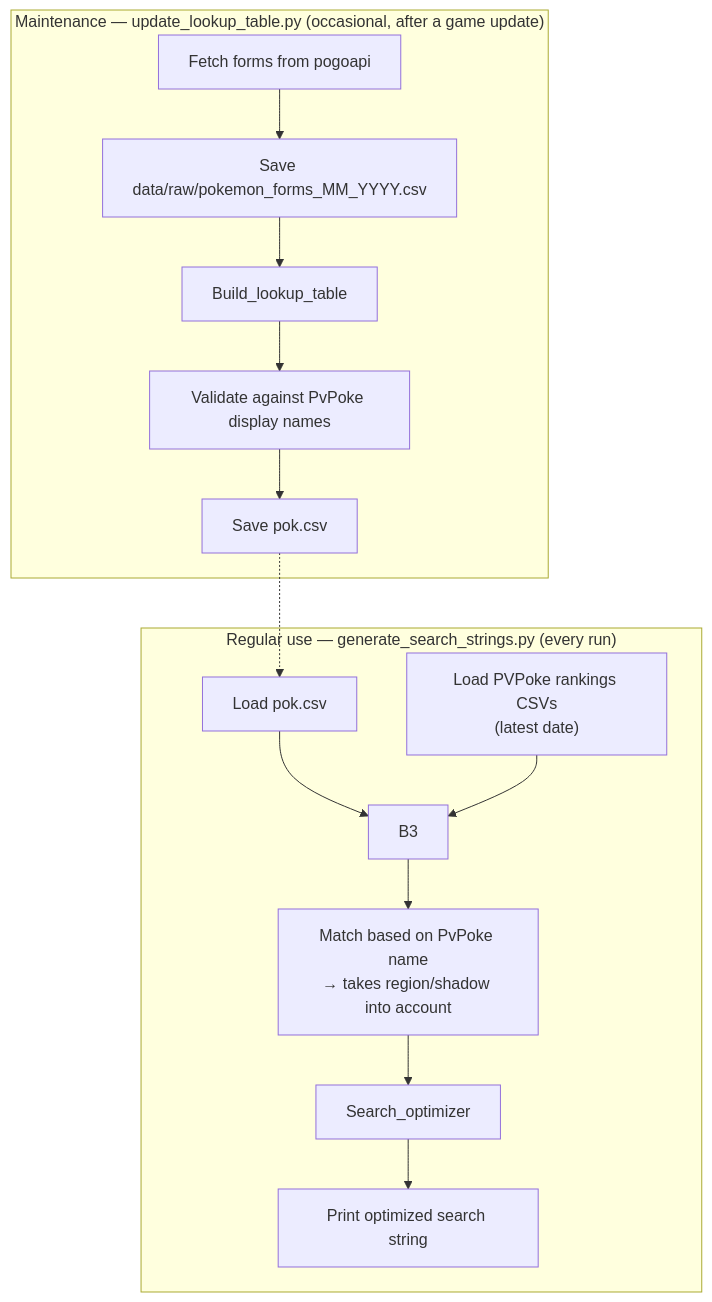
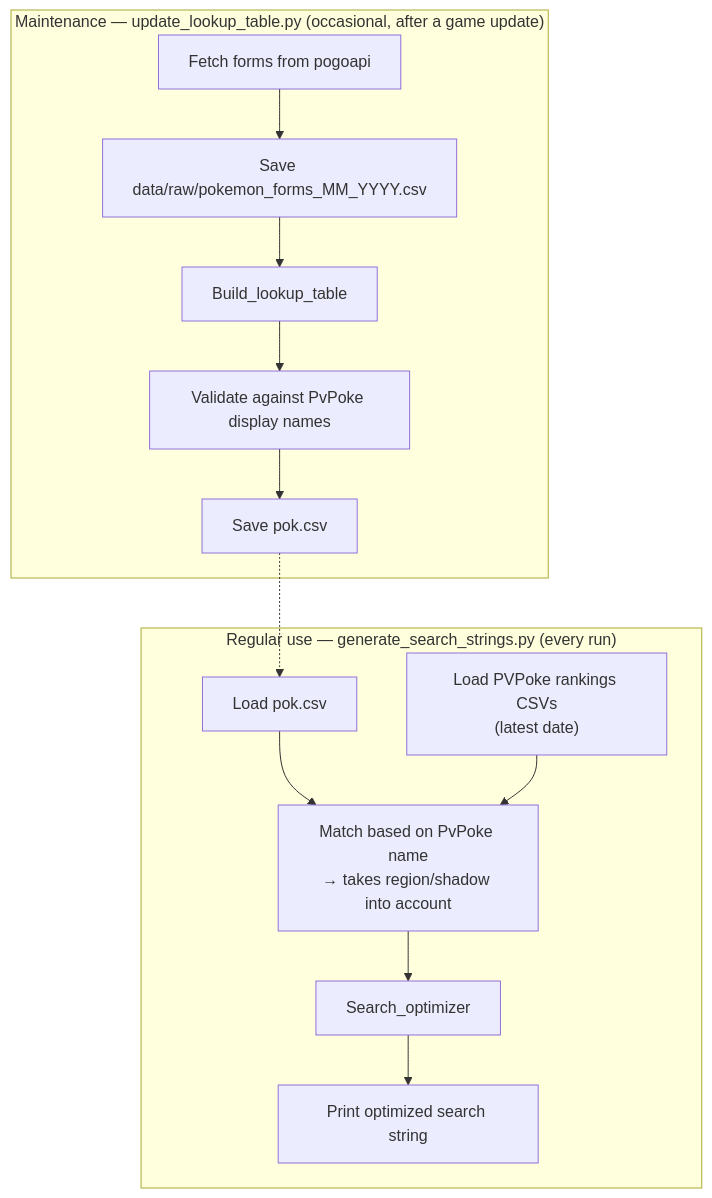
The diagram in README.md (Skylges/pogo-search-string-optimizer), drawn with Mermaid before and after one commit.

Commit message:
Update2 workflow in readme

````diff
--- a/README.md
+++ b/README.md
@@ -84,20 +84,20 @@
 ```mermaid
 flowchart TD
     subgraph M["Maintenance — update_lookup_table.py (occasional, after a game update)"]
         A1["Fetch forms from pogoapi"]
         A1 --> A2["Save data/raw/pokemon_forms_MM_YYYY.csv"]
         A2 --> A3["Build_lookup_table"]
         A3 --> A4["Validate against PvPoke display names"]
         A4 --> A5["Save pok.csv"]
     end
 
     subgraph R["Regular use — generate_search_strings.py (every run)"]
         B1["Load pok.csv"] --> B3
         B2["Load PVPoke rankings CSVs\n(latest date)"] --> B3
-        B3 --> B4["Match based on PvPoke name\n→ takes region/shadow into account"]
-        B4 --> B5["Search_optimizer"]
-        B5 --> B6["Print optimized search string"]
+        B3["Match based on PvPoke name\n→ takes region/shadow into account"] --> B4
+        B4["Search_optimizer"] --> B5
+        B5["Print optimized search string"]
     end
 
     A5 -.-> B1
 ```
````
